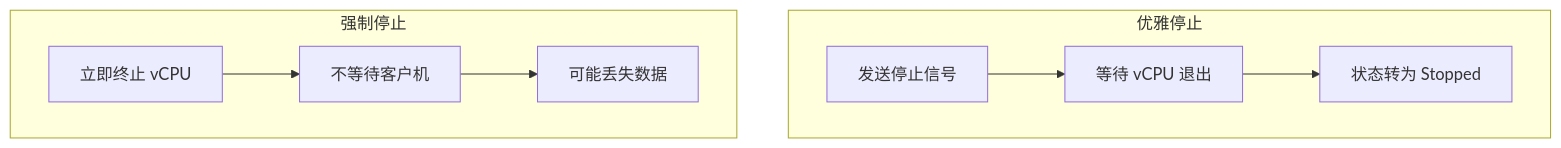
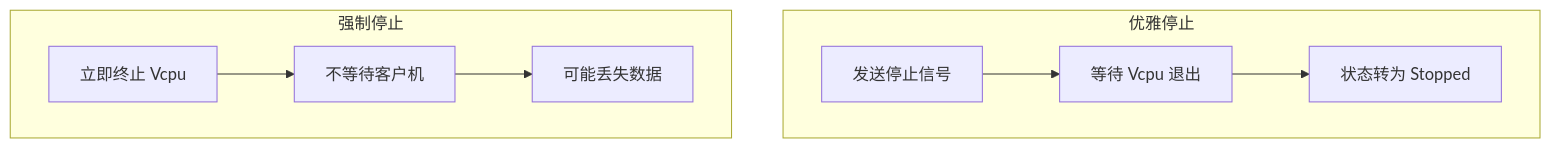
The seventh of 13 diagrams in docs/design/guest/manager/shell-commands.md (arceos-hypervisor/axvisorbook), drawn with Mermaid before and after one commit. The commit also changed other lines of this file and 6 other files, not shown here.

````diff
--- a/docs/design/guest/manager/shell-commands.md
+++ b/docs/design/guest/manager/shell-commands.md
@@ -383,17 +383,17 @@
 ```mermaid
 flowchart TB
     subgraph 优雅停止
         G1[发送停止信号]
-        G2[等待 vCPU 退出]
+        G2[等待 Vcpu 退出]
         G3[状态转为 Stopped]
     end
 
     subgraph 强制停止
-        F1[立即终止 vCPU]
+        F1[立即终止 Vcpu]
         F2[不等待客户机]
         F3[可能丢失数据]
     end
 
     G1 --> G2 --> G3
     F1 --> F2 --> F3
 ```
````
